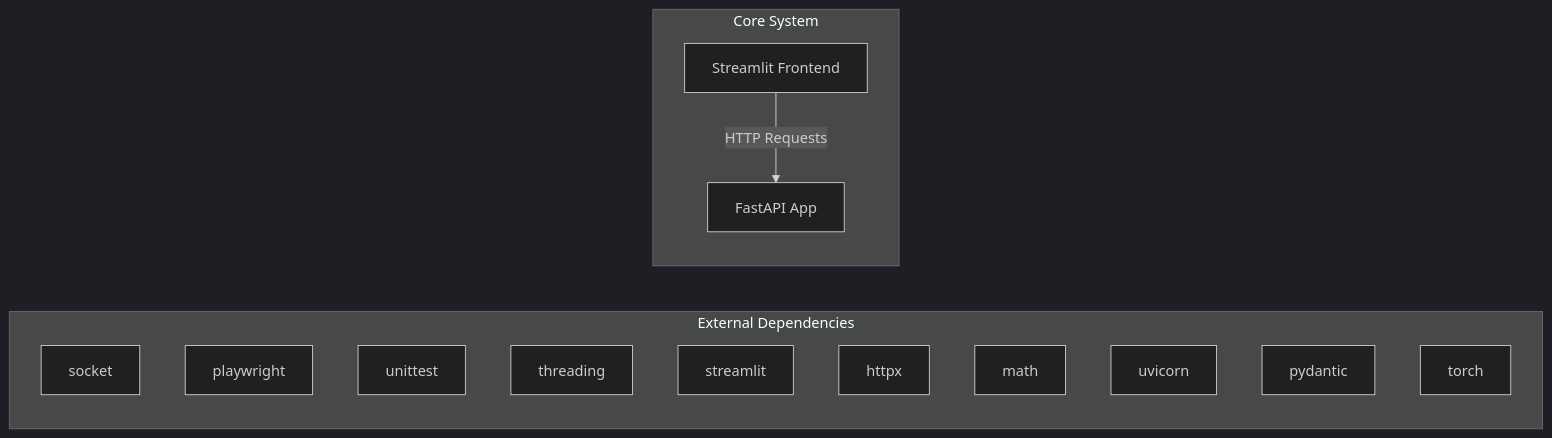
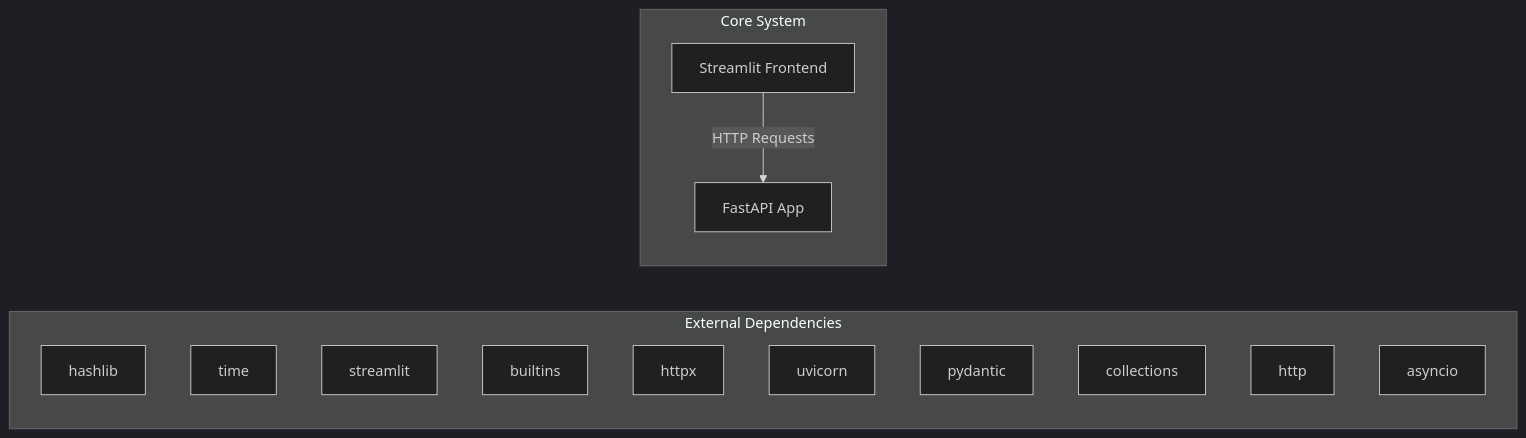
One commit to NITISH-R-G/rag-context-optimizer changed the first of 2 diagrams in docs/architecture.md. Above: the diagram before and after it, drawn with Mermaid (dark theme). The commit also changed 1 other file, not shown here.

Commit message:
docs: auto-update repository knowledge, architecture diagrams, and documentation

````diff
--- a/docs/architecture.md
+++ b/docs/architecture.md
@@ -7,20 +7,20 @@
 ```mermaid
 graph LR
     subgraph External Dependencies
-        E0["socket"]
-        E1["playwright"]
-        E2["unittest"]
-        E3["threading"]
-        E4["streamlit"]
-        E5["httpx"]
-        E6["math"]
-        E7["uvicorn"]
-        E8["pydantic"]
-        E9["torch"]
+        E0["hashlib"]
+        E1["time"]
+        E2["streamlit"]
+        E3["builtins"]
+        E4["httpx"]
+        E5["uvicorn"]
+        E6["pydantic"]
+        E7["collections"]
+        E8["http"]
+        E9["asyncio"]
     end
     subgraph Core System
         API["FastAPI App"]
         UI["Streamlit Frontend"]
     end
     UI -->|HTTP Requests| API
 ```
````
